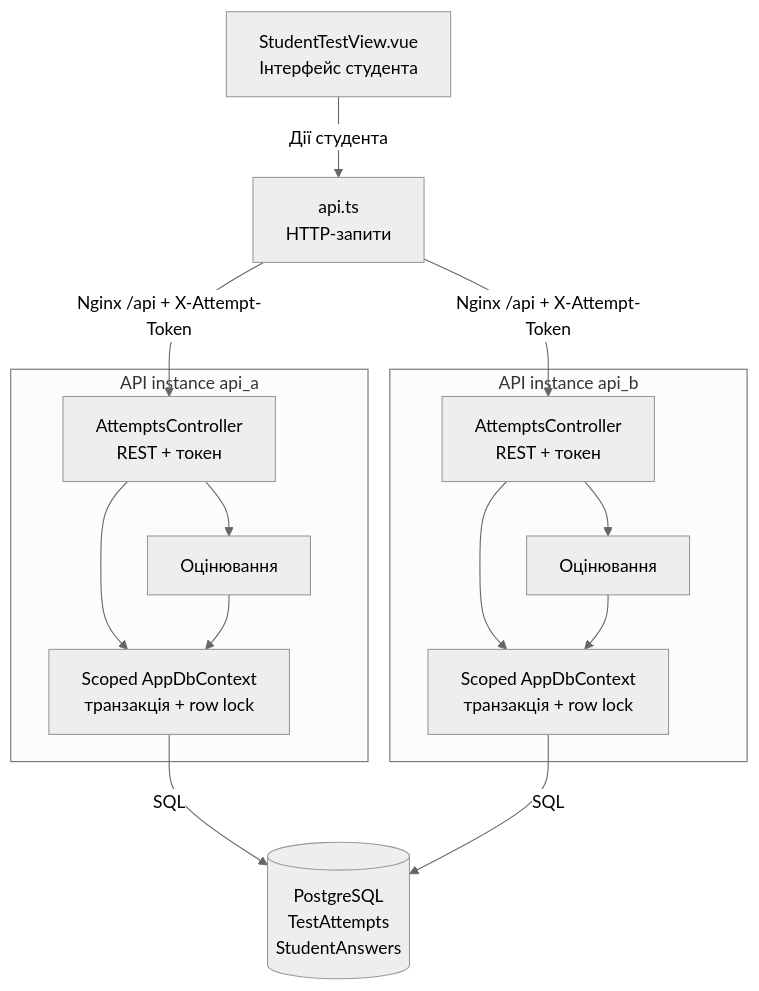
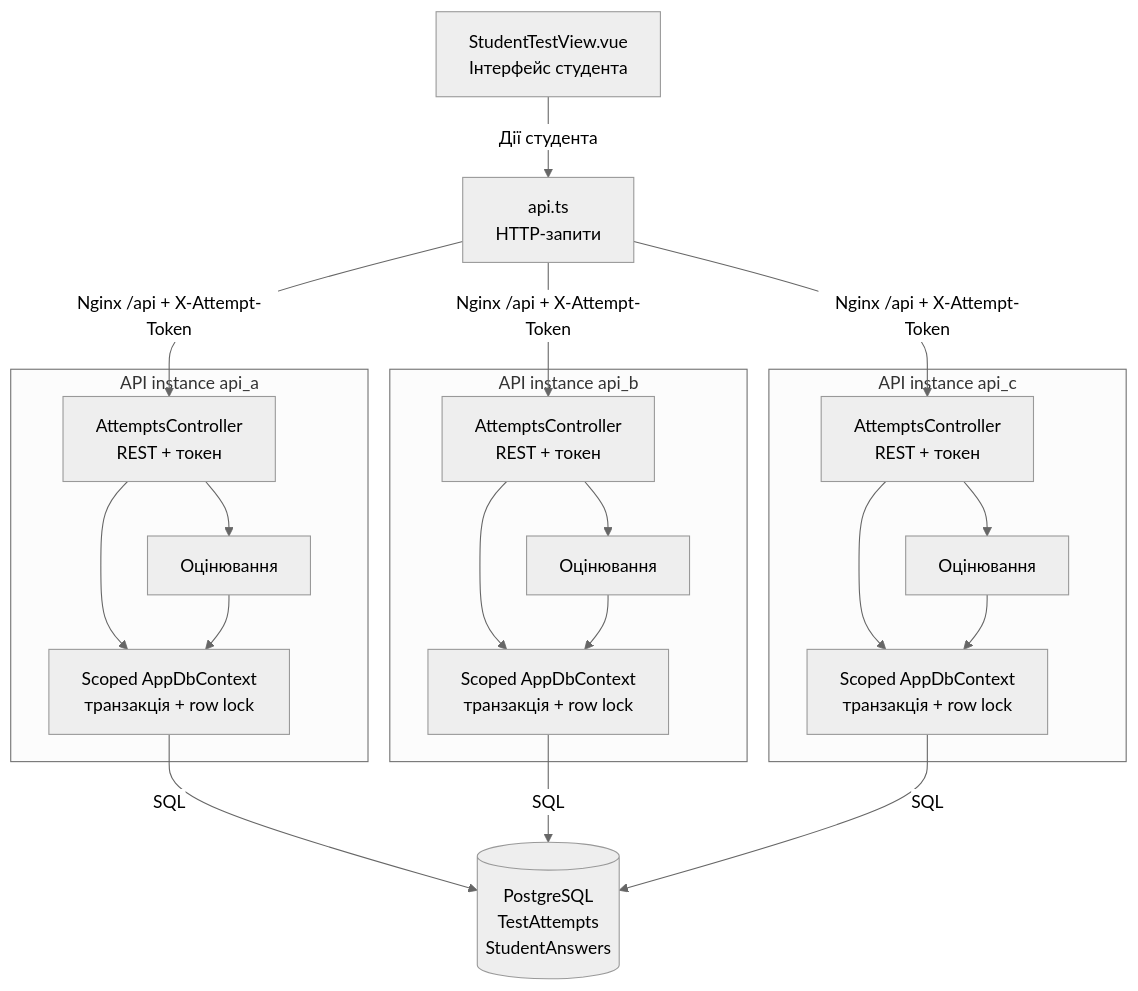
One commit to LYarmoliuk/OnlineTesting changed the second of 3 diagrams in docs/architecture.md. Above: the diagram before and after it, drawn with Mermaid (neutral theme). The commit also changed other lines of this file and 7 other files, not shown here.

````diff
--- a/docs/architecture.md
+++ b/docs/architecture.md
@@ -51,31 +54,42 @@
 ```mermaid
 flowchart TB
     StudentUI["StudentTestView.vue<br/>Інтерфейс студента"]
     ApiService["api.ts<br/>HTTP-запити"]
 
     subgraph BackendA["API instance api_a"]
         ControllerA["AttemptsController<br/>REST + токен"]
         ScoringA["Оцінювання"]
         EFA["Scoped AppDbContext<br/>транзакція + row lock"]
     end
 
     subgraph BackendB["API instance api_b"]
         ControllerB["AttemptsController<br/>REST + токен"]
         ScoringB["Оцінювання"]
         EFB["Scoped AppDbContext<br/>транзакція + row lock"]
     end
 
+    subgraph BackendC["API instance api_c"]
+        ControllerC["AttemptsController<br/>REST + токен"]
+        ScoringC["Оцінювання"]
+        EFC["Scoped AppDbContext<br/>транзакція + row lock"]
+    end
+
     Database[("PostgreSQL<br/>TestAttempts<br/>StudentAnswers")]
 
     StudentUI -->|"Дії студента"| ApiService
     ApiService -->|"Nginx /api + X-Attempt-Token"| ControllerA
     ApiService -->|"Nginx /api + X-Attempt-Token"| ControllerB
+    ApiService -->|"Nginx /api + X-Attempt-Token"| ControllerC
     ControllerA --> ScoringA
     ControllerB --> ScoringB
+    ControllerC --> ScoringC
     ControllerA --> EFA
     ControllerB --> EFB
+    ControllerC --> EFC
     ScoringA --> EFA
     ScoringB --> EFB
+    ScoringC --> EFC
     EFA -->|"SQL"| Database
     EFB -->|"SQL"| Database
+    EFC -->|"SQL"| Database
 ```
````
